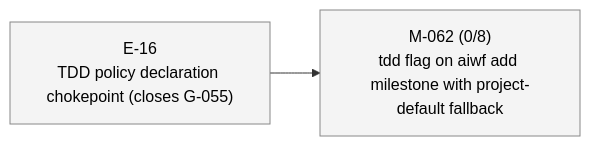
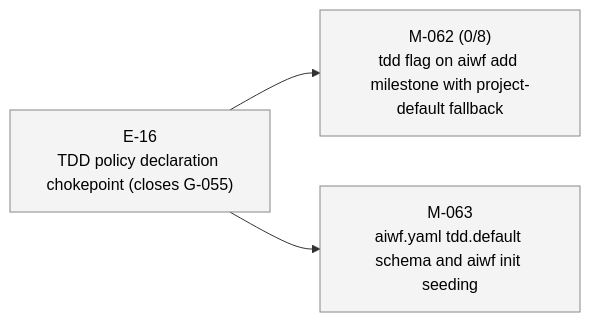
One commit to 23min/aiwf changed the second of 2 diagrams in STATUS.md. Above: the diagram before and after it, drawn with Mermaid. The commit also changed other lines of this file and 1 other file, not shown here.

First line of the commit message:
aiwf add milestone M-063 "aiwf.yaml tdd.default schema and aiwf init seeding"

````diff
--- a/STATUS.md
+++ b/STATUS.md
@@ -32,12 +33,14 @@
 ```mermaid
 flowchart LR
   E_16["E-16<br/>TDD policy declaration chokepoint (closes G-055)"]:::epic_proposed
   M_062["M-062 (0/8)<br/>tdd flag on aiwf add milestone with project-default fallback"]:::ms_draft
   E_16 --> M_062
+  M_063["M-063<br/>aiwf.yaml tdd.default schema and aiwf init seeding"]:::ms_draft
+  E_16 --> M_063
   classDef epic_active fill:#d6eaff,stroke:#1a73e8,color:#000
   classDef epic_proposed fill:#f4f4f4,stroke:#888,color:#000
   classDef ms_done fill:#d8f5d8,stroke:#2a8a2a,color:#000
   classDef ms_in_progress fill:#fff3c4,stroke:#caa400,color:#000
   classDef ms_draft fill:#f4f4f4,stroke:#888,color:#000
   classDef ms_cancelled fill:#fbeaea,stroke:#c33,color:#000
 ```
````
